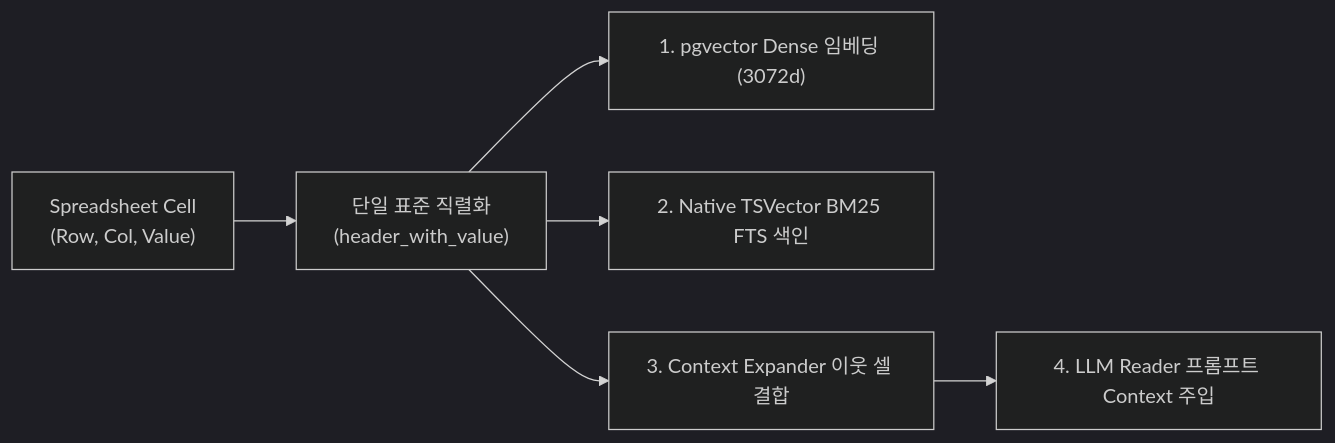
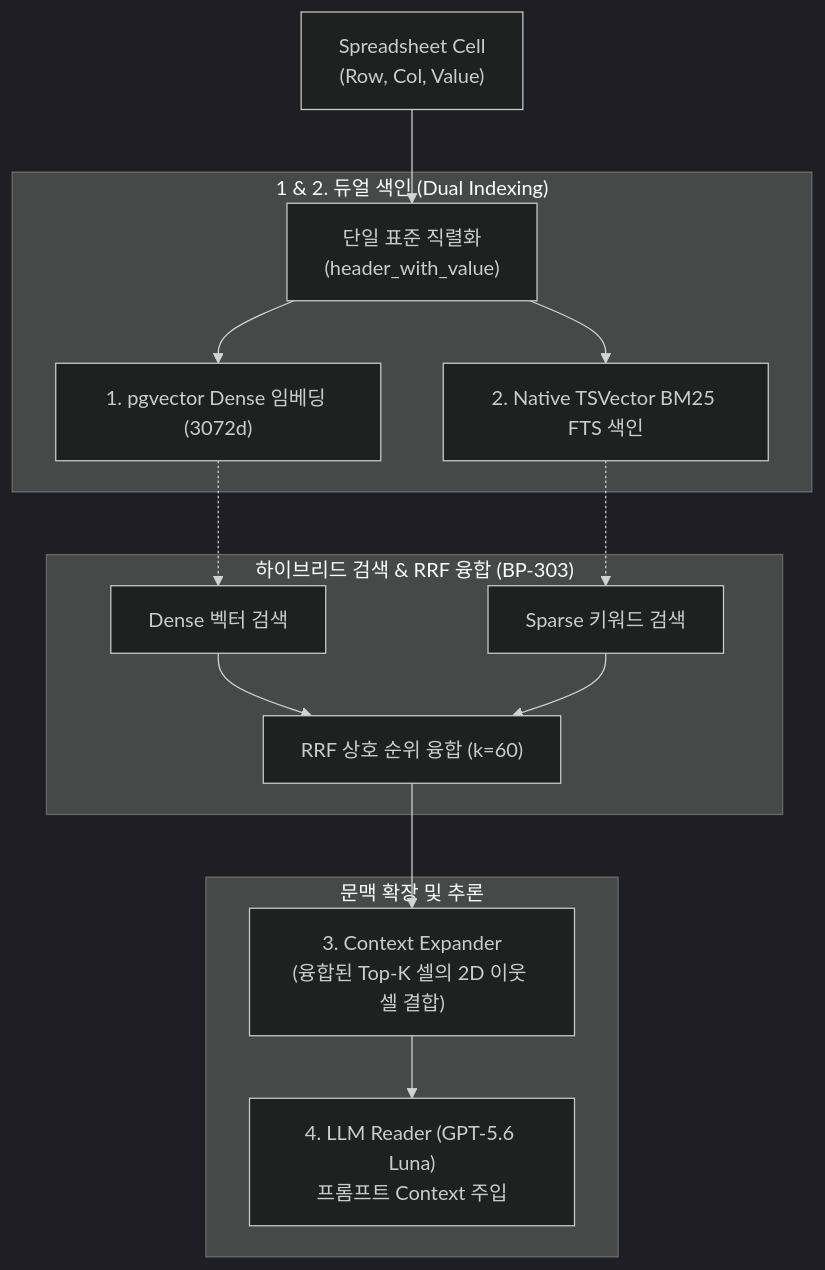
One commit to bist-mini-final/bist-mini-final changed the second of 2 diagrams in docs/02_data_engine_blueprints/BP-201_spreadsheet_coordinate_parser.md. Above: the diagram before and after it, drawn with Mermaid (dark theme). The commit also changed other lines of this file, not shown here.

Commit message:
docs: clarify end-to-end RRF fusion and Context Expander flow in BP-201 Section 4

````diff
--- a/docs/02_data_engine_blueprints/BP-201_spreadsheet_coordinate_parser.md
+++ b/docs/02_data_engine_blueprints/BP-201_spreadsheet_coordinate_parser.md
@@ -70,9 +70,21 @@
 ```mermaid
-flowchart LR
+flowchart TD
     CELL["Spreadsheet Cell<br>(Row, Col, Value)"] --> CANONICAL["단일 표준 직렬화<br>(header_with_value)"]
     
-    CANONICAL --> DENSE["1. pgvector Dense 임베딩 (3072d)"]
-    CANONICAL --> SPARSE["2. Native TSVector BM25 FTS 색인"]
-    CANONICAL --> EXPAND["3. Context Expander 이웃 셀 결합"]
-    EXPAND --> PROMPT["4. LLM Reader 프롬프트 Context 주입"]
+    subgraph IndexingLayer ["1 & 2. 듀얼 색인 (Dual Indexing)"]
+        CANONICAL --> DENSE["1. pgvector Dense 임베딩 (3072d)"]
+        CANONICAL --> SPARSE["2. Native TSVector BM25 FTS 색인"]
+    end
+
+    subgraph RetrievalLayer ["하이브리드 검색 & RRF 융합 (BP-303)"]
+        DENSE -.-> RET_D["Dense 벡터 검색"]
+        SPARSE -.-> RET_S["Sparse 키워드 검색"]
+        RET_D --> RRF["RRF 상호 순위 융합 (k=60)"]
+        RET_S --> RRF
+    end
+
+    subgraph GenerationLayer ["문맥 확장 및 추론"]
+        RRF --> EXPAND["3. Context Expander<br>(융합된 Top-K 셀의 2D 이웃 셀 결합)"]
+        EXPAND --> PROMPT["4. LLM Reader (GPT-5.6 Luna)<br>프롬프트 Context 주입"]
+    end
 ```
````
